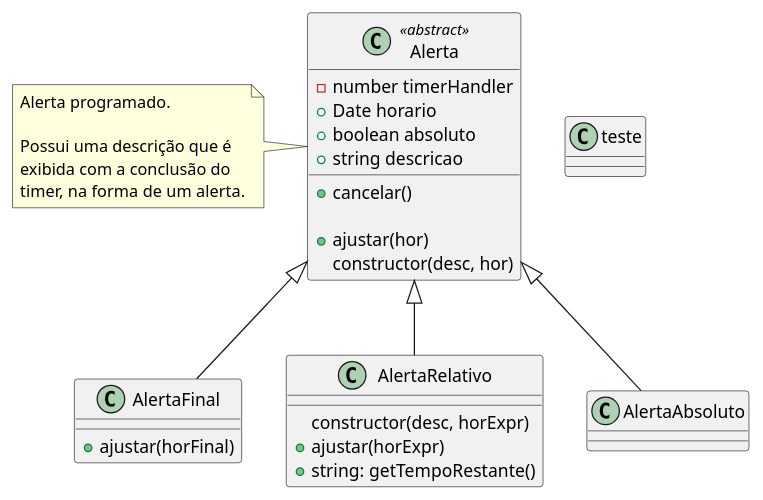
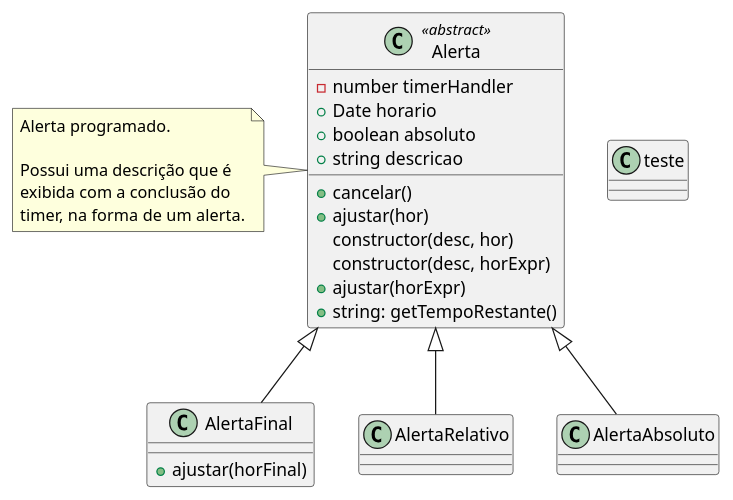
The diagram in classes.puml (ruipimentel/plantuml-demo), drawn with PlantUML before and after one commit.

Commit message:
teste dnovo

```diff
--- a/classes.puml
+++ b/classes.puml
@@ -1,35 +1,34 @@
 @startuml "Classes"
 
 top to bottom direction
 
 class AlertaFinal {
   + ajustar(horFinal)
 }
 
 class Alerta <<abstract>> {
   - number timerHandler
   + Date horario
   + boolean absoluto
   + string descricao
   + cancelar()
-
   + ajustar(hor)
   constructor(desc, hor)
+  constructor(desc, horExpr)
+  + ajustar(horExpr)
+  + string: getTempoRestante()
 }
 note left of Alerta : Alerta programado.\n\nPossui uma descrição que é\nexibida com a conclusão do\ntimer, na forma de um alerta.
 
 class AlertaRelativo {
-  constructor(desc, horExpr)
-  + ajustar(horExpr)
-  + string: getTempoRestante()
 }
 
 
 class teste {
 }
 
 Alerta <|-- AlertaRelativo
 Alerta <|-- AlertaAbsoluto
 Alerta <|-- AlertaFinal
 
 @enduml
```
